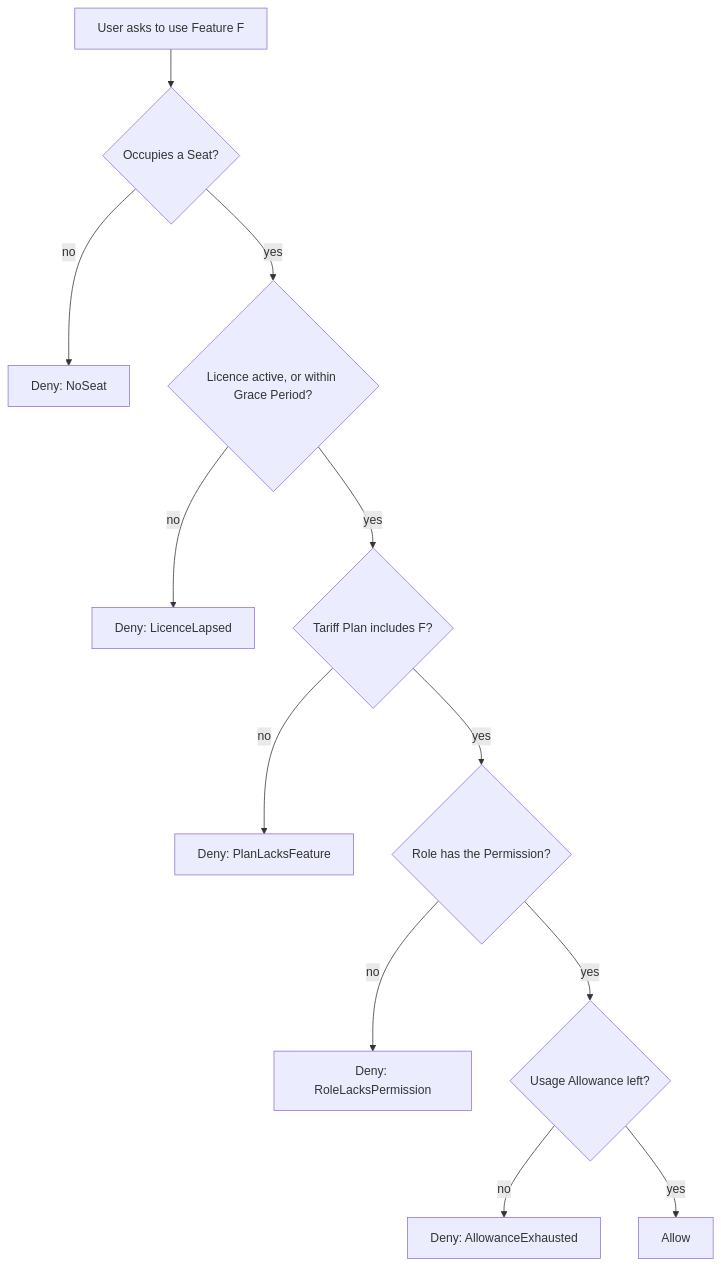
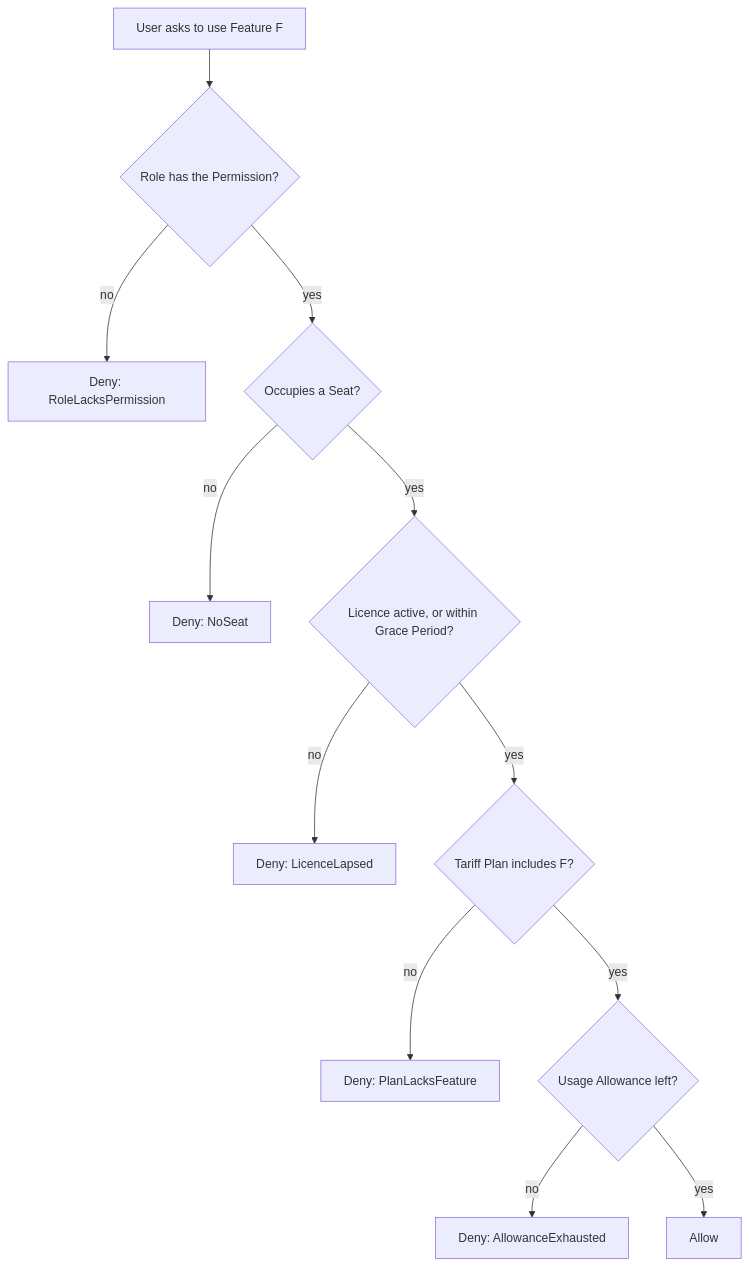
The second of 2 diagrams in apps/licensing/docs/domain-model.md (KobelOleh/call-center), drawn with Mermaid before and after one commit. The commit also changed other lines of this file, not shown here.

Commit message:
docs: check Role Permission first in Access Decision order
Company Admins have no Feature Permissions, so they are denied with
RoleLacksPermission instead of NoSeat.

````diff
--- a/apps/licensing/docs/domain-model.md
+++ b/apps/licensing/docs/domain-model.md
@@ -32,14 +32,14 @@
 ```mermaid
 flowchart TD
-    A["User asks to use Feature F"] --> B{"Occupies a Seat?"}
+    A["User asks to use Feature F"] --> F{"Role has the Permission?"}
+    F -- no --> D4["Deny: RoleLacksPermission"]
+    F -- yes --> B{"Occupies a Seat?"}
     B -- no --> D1["Deny: NoSeat"]
     B -- yes --> C{"Licence active, or within Grace Period?"}
     C -- no --> D2["Deny: LicenceLapsed"]
     C -- yes --> E{"Tariff Plan includes F?"}
     E -- no --> D3["Deny: PlanLacksFeature"]
-    E -- yes --> F{"Role has the Permission?"}
-    F -- no --> D4["Deny: RoleLacksPermission"]
-    F -- yes --> G{"Usage Allowance left?"}
+    E -- yes --> G{"Usage Allowance left?"}
     G -- no --> D5["Deny: AllowanceExhausted"]
     G -- yes --> OK["Allow"]
 ```
````
